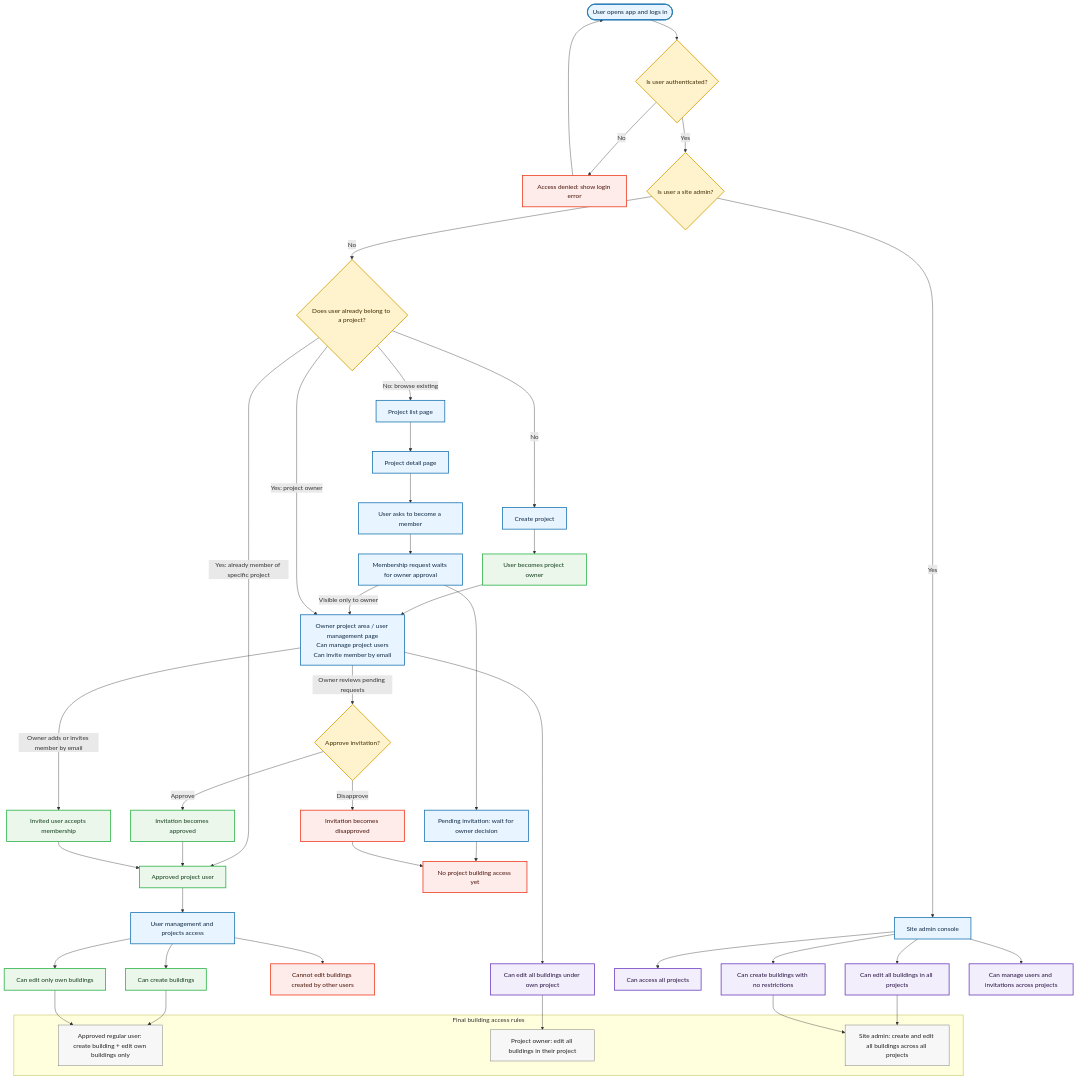
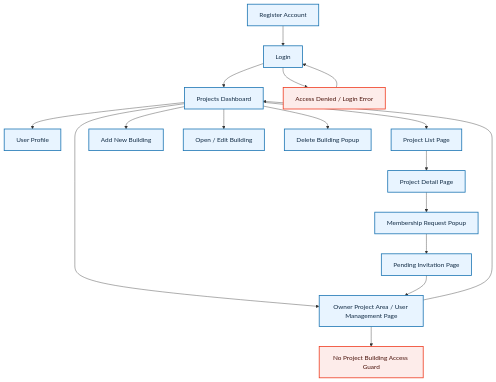
The diagram in user-management-permissions.mmd (pantazis/-building-performance-app), drawn with Mermaid before and after one commit. The commit also changed 15 other files, not shown here.

```diff
--- a/user-management-permissions.mmd
+++ b/user-management-permissions.mmd
@@ -1,71 +1,26 @@
 flowchart TD
 
-    Login([User opens app and logs in]) --> Auth{Is user authenticated?}
+    Login[Login] --> Dashboard[Projects Dashboard]
+    Login --> AccessDenied[Access Denied / Login Error]
+    AccessDenied --> Login
+    Register[Register Account] --> Login
 
-    Auth -->|No| Denied[Access denied: show login error]
-    Denied --> Login
+    Dashboard --> UserProfile[User Profile]
+    Dashboard --> ProjectList[Project List Page]
+    Dashboard --> OwnerUserManagement[Owner Project Area / User Management Page]
+    Dashboard --> AddBuilding[Add New Building]
+    Dashboard --> OpenEditBuilding[Open / Edit Building]
+    Dashboard --> DeleteBuilding[Delete Building Popup]
 
-    Auth -->|Yes| AdminCheck{Is user a site admin?}
-
-    AdminCheck -->|No| ProjectCheck{Does user already belong to a project?}
-    ProjectCheck -->|No| CreateProject[Create project]
-    CreateProject --> BecomeOwner[User becomes project owner]
-    BecomeOwner --> OwnerManagementPage
-
-    ProjectCheck -->|No: browse existing| ProjectList[Project list page]
-    ProjectList --> ProjectDetail[Project detail page]
-    ProjectDetail --> AskMembership[User asks to become a member]
-    AskMembership --> MembershipRequest[Membership request waits for owner approval]
-    MembershipRequest --> Pending[Pending invitation: wait for owner decision]
-    MembershipRequest -->|Visible only to owner| OwnerManagementPage
-
-    ProjectCheck -->|Yes: already member of specific project| ApprovedUser[Approved project user]
-
-    OwnerManagementPage -->|Owner adds or invites member by email| DirectMember[Invited user accepts membership]
-    Pending --> NoAccess[No project building access yet]
-
-    ApprovedUser --> UserPage[User management and projects access]
-    UserPage --> UserCreate[Can create buildings]
-    UserPage --> UserEditOwn[Can edit only own buildings]
-    UserPage --> UserNoEditOthers[Cannot edit buildings created by other users]
-
-    ProjectCheck -->|Yes: project owner| OwnerManagementPage[Owner project area / user management page<br/>Can manage project users<br/>Can invite member by email]
-    OwnerManagementPage -->|Owner reviews pending requests| OwnerDecision{Approve invitation?}
-    OwnerDecision -->|Approve| OwnerApprove[Invitation becomes approved]
-    OwnerDecision -->|Disapprove| OwnerDisapprove[Invitation becomes disapproved]
-    OwnerApprove --> ApprovedUser
-    OwnerDisapprove --> NoAccess
-    DirectMember --> ApprovedUser
-    OwnerManagementPage --> OwnerEditAll[Can edit all buildings under own project]
-
-    AdminCheck -->|Yes| SiteAdminPage[Site admin console]
-    SiteAdminPage --> SiteAdminAllProjects[Can access all projects]
-    SiteAdminPage --> SiteAdminEditAll[Can edit all buildings in all projects]
-    SiteAdminPage --> SiteAdminCreateAny[Can create buildings with no restrictions]
-    SiteAdminPage --> SiteAdminManageAll[Can manage users and invitations across projects]
-
-    subgraph AccessRules[Final building access rules]
-        Rule1[Approved regular user: create building + edit own buildings only]
-        Rule2[Project owner: edit all buildings in their project]
-        Rule3[Site admin: create and edit all buildings across all projects]
-    end
-
-    UserCreate --> Rule1
-    UserEditOwn --> Rule1
-    OwnerEditAll --> Rule2
-    SiteAdminEditAll --> Rule3
-    SiteAdminCreateAny --> Rule3
+    ProjectList --> ProjectDetail[Project Detail Page]
+    ProjectDetail --> MembershipRequest[Membership Request Popup]
+    MembershipRequest --> PendingInvitation[Pending Invitation Page]
+    PendingInvitation --> OwnerUserManagement
+    OwnerUserManagement --> Dashboard
+    OwnerUserManagement --> NoProjectAccess[No Project Building Access Guard]
 
     classDef page fill:#e8f4ff,stroke:#1f77b4,stroke-width:2px,color:#102a43
-    classDef decision fill:#fff3cd,stroke:#d39e00,stroke-width:2px,color:#3d2b00
-    classDef approved fill:#eaf7ea,stroke:#2db34a,stroke-width:2px,color:#123d1b
     classDef rejected fill:#fdecea,stroke:#ef3e23,stroke-width:2px,color:#4a120a
-    classDef role fill:#f3eefc,stroke:#6f42c1,stroke-width:2px,color:#25113f
-    classDef rule fill:#f7f7f7,stroke:#666,stroke-width:1px,color:#222
 
-    class Login,Pending,UserPage,OwnerManagementPage,SiteAdminPage,CreateProject,ProjectList,ProjectDetail,AskMembership,MembershipRequest page
-    class Auth,AdminCheck,ProjectCheck,OwnerDecision decision
-    class ApprovedUser,UserCreate,UserEditOwn,OwnerApprove,BecomeOwner,DirectMember approved
-    class Denied,NoAccess,UserNoEditOthers,OwnerDisapprove rejected
-    class OwnerEditAll,SiteAdminAllProjects,SiteAdminEditAll,SiteAdminCreateAny,SiteAdminManageAll role
-    class Rule1,Rule2,Rule3 rule
+    class Login,Register,Dashboard,UserProfile,ProjectList,ProjectDetail,MembershipRequest,PendingInvitation,OwnerUserManagement,AddBuilding,OpenEditBuilding,DeleteBuilding page
+    class AccessDenied,NoProjectAccess rejected
```
